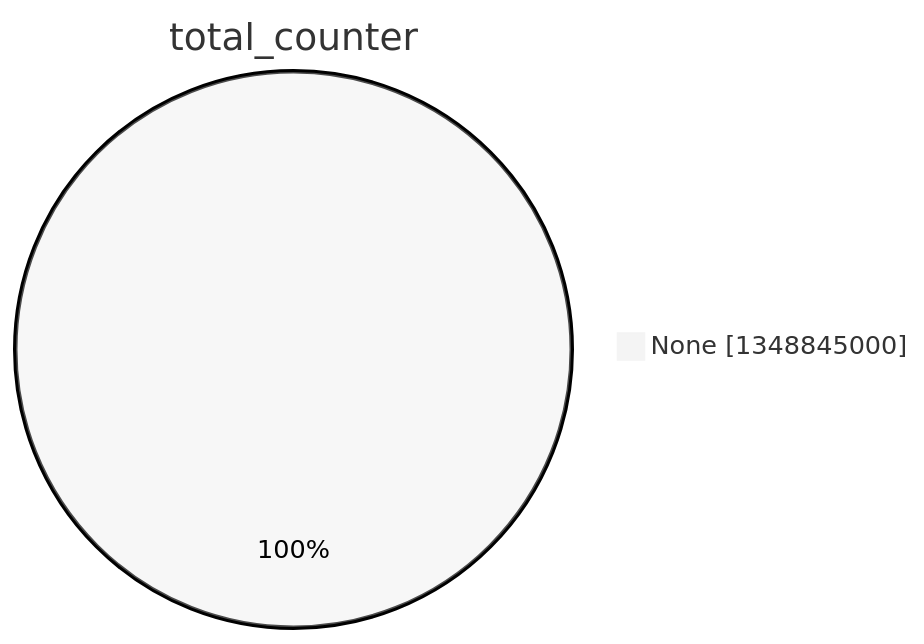
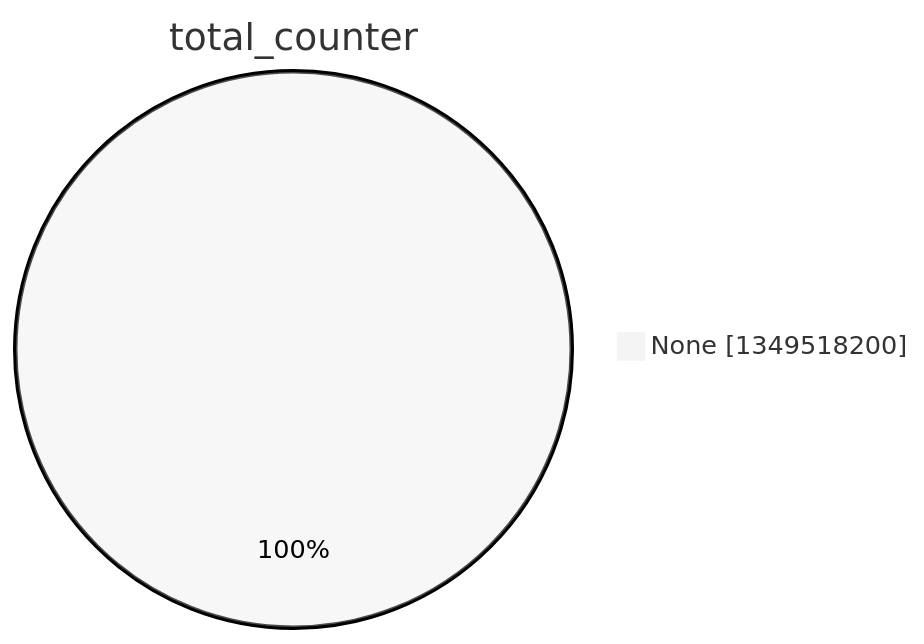
Before and after one commit to christiankrug/ctmonitor_visualization: the second of 15 diagrams in argon2022/README.md, drawn with Mermaid (neutral theme). The commit also changed other lines of this file, not shown here.

````diff
--- a/argon2022/README.md
+++ b/argon2022/README.md
@@ -9,5 +9,5 @@
 ```mermaid
 pie showData
 title total_counter
-"None" :1348845000
+"None" :1349518200
 ```
````
